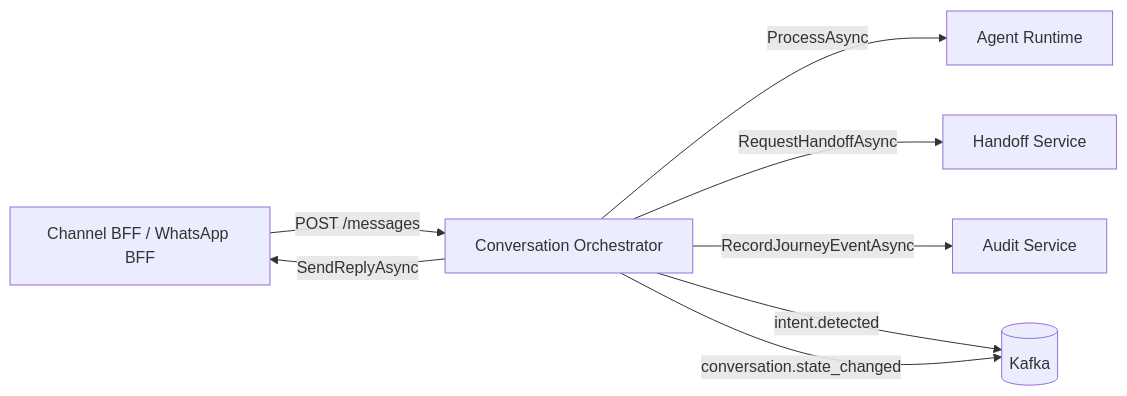
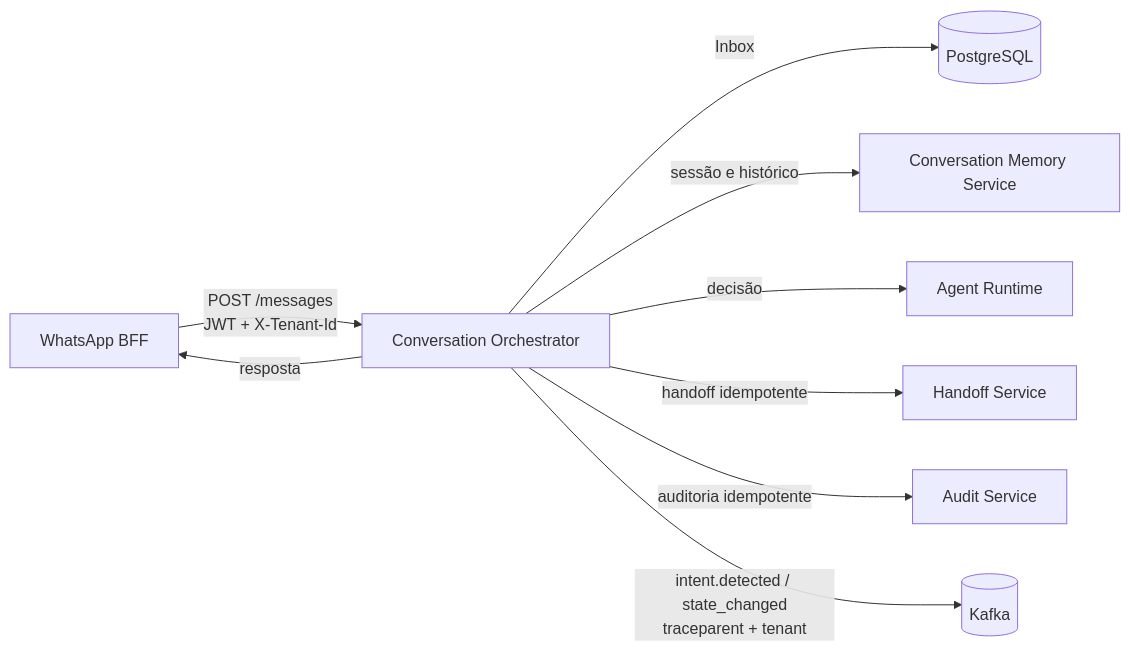
One commit to leandrosflora/conversation-orchestrator changed the diagram in README.md. Above: the diagram before and after it, drawn with Mermaid. The commit also changed other lines of this file, not shown here.

Commit message:
document authenticated multitenant orchestrator

````diff
--- a/README.md
+++ b/README.md
@@ -9,10 +7,11 @@
 ```mermaid
 flowchart LR
-    ChannelBff[Channel BFF / WhatsApp BFF] -->|POST /messages| Orchestrator[Conversation Orchestrator]
-    Orchestrator -->|ProcessAsync| AgentRuntime[Agent Runtime]
-    Orchestrator -->|SendReplyAsync| ChannelBff
-    Orchestrator -->|RequestHandoffAsync| Handoff[Handoff Service]
-    Orchestrator -->|RecordJourneyEventAsync| Audit[Audit Service]
-    Orchestrator -->|intent.detected| Kafka[(Kafka)]
-    Orchestrator -->|conversation.state_changed| Kafka
+    BFF[WhatsApp BFF] -->|POST /messages\nJWT + X-Tenant-Id| ORCH[Conversation Orchestrator]
+    ORCH -->|Inbox| PG[(PostgreSQL)]
+    ORCH -->|sessão e histórico| MEM[Conversation Memory Service]
+    ORCH -->|decisão| AGENT[Agent Runtime]
+    ORCH -->|resposta| BFF
+    ORCH -->|handoff idempotente| HANDOFF[Handoff Service]
+    ORCH -->|auditoria idempotente| AUDIT[Audit Service]
+    ORCH -->|intent.detected / state_changed\ntraceparent + tenant| KAFKA[(Kafka)]
 ```
````
